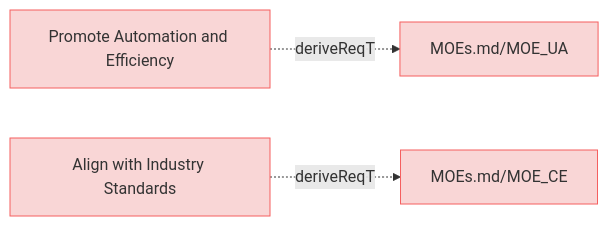
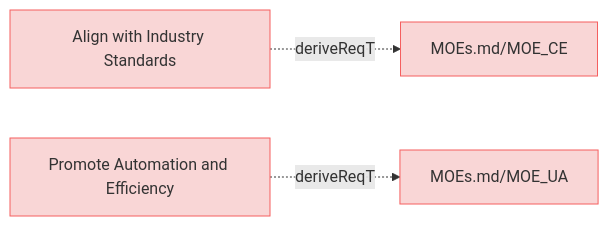
One commit to reqvire-org/reqvire changed the diagram in specifications/MissionRequirements.md. Above: the diagram before and after it, drawn with Mermaid. The commit also changed 16 other files, not shown here.

````diff
--- a/specifications/MissionRequirements.md
+++ b/specifications/MissionRequirements.md
@@ -5,23 +5,23 @@
 ```mermaid
 graph LR;
   %% Graph styling
   classDef requirement fill:#f9d6d6,stroke:#f55f5f,stroke-width:1px;
   classDef verification fill:#d6f9d6,stroke:#5fd75f,stroke-width:1px;
   classDef externalLink fill:#d0e0ff,stroke:#3080ff,stroke-width:1px;
   classDef default fill:#f5f5f5,stroke:#333333,stroke-width:1px;
 
+  7bb378c4c85436b3["Align with Industry Standards"];
+  click 7bb378c4c85436b3 "https://github.com/Reqvire/reqvire/blob/92e82ef235559b4819fd85d700024b79b452d8e3/specifications/MissionRequirements.md#align-with-industry-standards";
+  class 7bb378c4c85436b3 requirement;
+  ac59f565725d5e41["MOEs.md/MOE_CE"];
+  class ac59f565725d5e41 requirement;
+  click ac59f565725d5e41 "https://github.com/Reqvire/reqvire/blob/92e82ef235559b4819fd85d700024b79b452d8e3/specifications/MOEs.md#moe_ce";
+  7bb378c4c85436b3 -.->|deriveReqT| ac59f565725d5e41;
   c6a350266297241c["Promote Automation and Efficiency"];
-  click c6a350266297241c "https://github.com/Reqvire/reqvire/blob/b8c43d2689b933838bf1838d8a4cdf3393c9014f/specifications/MissionRequirements.md#promote-automation-and-efficiency";
+  click c6a350266297241c "https://github.com/Reqvire/reqvire/blob/92e82ef235559b4819fd85d700024b79b452d8e3/specifications/MissionRequirements.md#promote-automation-and-efficiency";
   class c6a350266297241c requirement;
   6c33f565725d5e41["MOEs.md/MOE_UA"];
   class 6c33f565725d5e41 requirement;
-  click 6c33f565725d5e41 "https://github.com/Reqvire/reqvire/blob/b8c43d2689b933838bf1838d8a4cdf3393c9014f/specifications/MOEs.md#moe_ua";
+  click 6c33f565725d5e41 "https://github.com/Reqvire/reqvire/blob/92e82ef235559b4819fd85d700024b79b452d8e3/specifications/MOEs.md#moe_ua";
   c6a350266297241c -.->|deriveReqT| 6c33f565725d5e41;
-  7bb378c4c85436b3["Align with Industry Standards"];
-  click 7bb378c4c85436b3 "https://github.com/Reqvire/reqvire/blob/b8c43d2689b933838bf1838d8a4cdf3393c9014f/specifications/MissionRequirements.md#align-with-industry-standards";
-  class 7bb378c4c85436b3 requirement;
-  ac59f565725d5e41["MOEs.md/MOE_CE"];
-  class ac59f565725d5e41 requirement;
-  click ac59f565725d5e41 "https://github.com/Reqvire/reqvire/blob/b8c43d2689b933838bf1838d8a4cdf3393c9014f/specifications/MOEs.md#moe_ce";
-  7bb378c4c85436b3 -.->|deriveReqT| ac59f565725d5e41;
 ```
````
